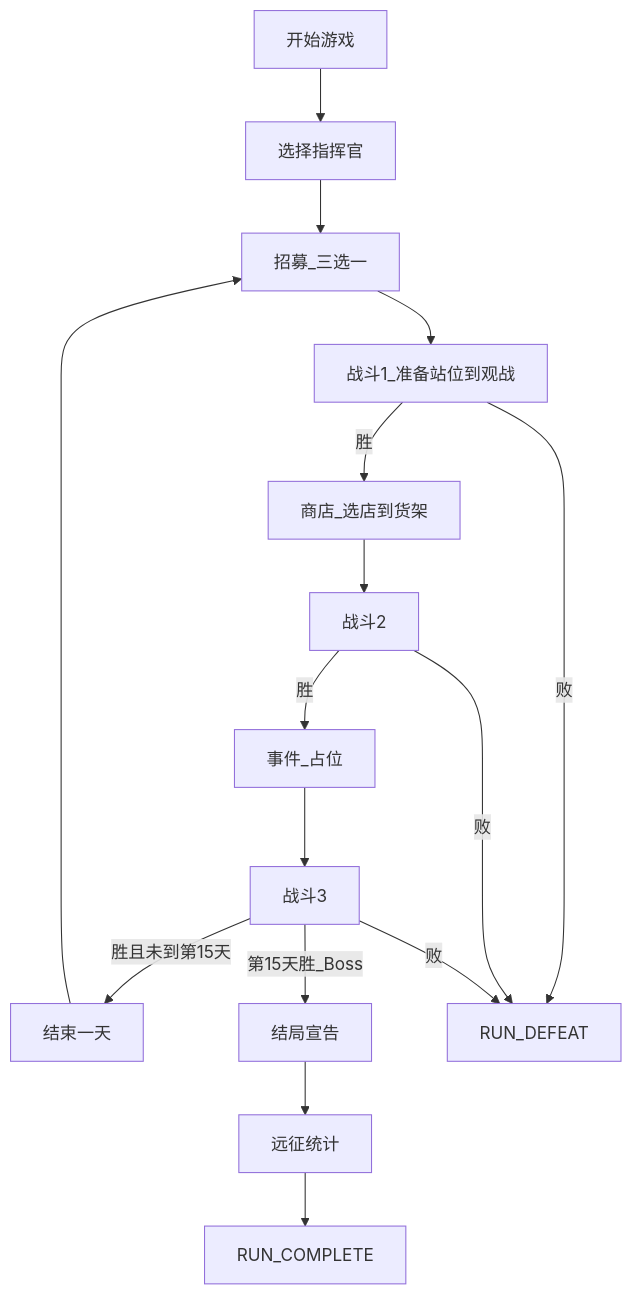
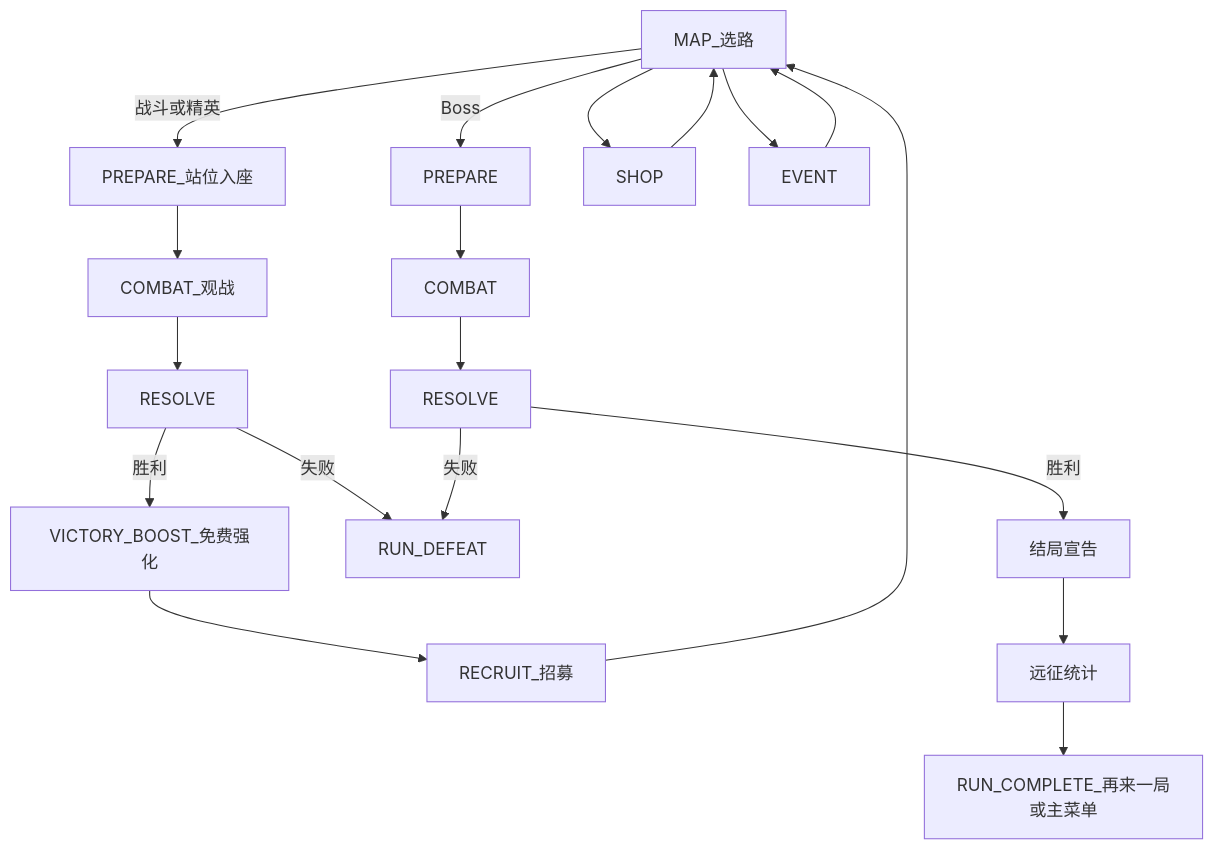
Before and after one commit to Kanerickyz/project-autochess: the diagram in Documents/GAME_VISION.md, drawn with Mermaid. The commit also changed other lines of this file and 170 other files, not shown here.

````diff
--- a/Documents/GAME_VISION.md
+++ b/Documents/GAME_VISION.md
@@ -110,15 +107,13 @@
 ```mermaid
 flowchart TD
-    Start[开始游戏] --> Pick[选择指挥官]
-    Pick --> Recruit[招募_三选一]
-    Recruit --> C1[战斗1_准备站位到观战]
-    C1 -->|胜| Shop[商店_选店到货架]
-    Shop --> C2[战斗2]
-    C2 -->|胜| Event[事件_占位]
-    Event --> C3[战斗3]
-    C3 -->|胜且未到第15天| DayEnd[结束一天] --> Recruit
-    C3 -->|第15天胜_Boss| RunResult[结局宣告] --> RunStats[远征统计] --> RunComplete[RUN_COMPLETE]
-    C1 -->|败| RunDefeat[RUN_DEFEAT]
-    C2 -->|败| RunDefeat
-    C3 -->|败| RunDefeat
+    Map[MAP_选路] -->|战斗或精英| Prep[PREPARE_站位入座] --> Combat[COMBAT_观战] --> Resolve[RESOLVE]
+    Resolve -->|胜利| Boost[VICTORY_BOOST_免费强化] --> Recruit[RECRUIT_招募] --> Map
+    Resolve -->|失败| RunDefeat[RUN_DEFEAT]
+    Map -->|Boss| BossPrep[PREPARE] --> BossCombat[COMBAT] --> BossResolve[RESOLVE]
+    BossResolve -->|胜利| RunResult[结局宣告]
+    RunResult --> RunStats[远征统计]
+    RunStats --> RunComplete[RUN_COMPLETE_再来一局或主菜单]
+    BossResolve -->|失败| RunDefeat
+    Map --> ShopNode[SHOP] --> Map
+    Map --> Event[EVENT] --> Map
 ```
````
